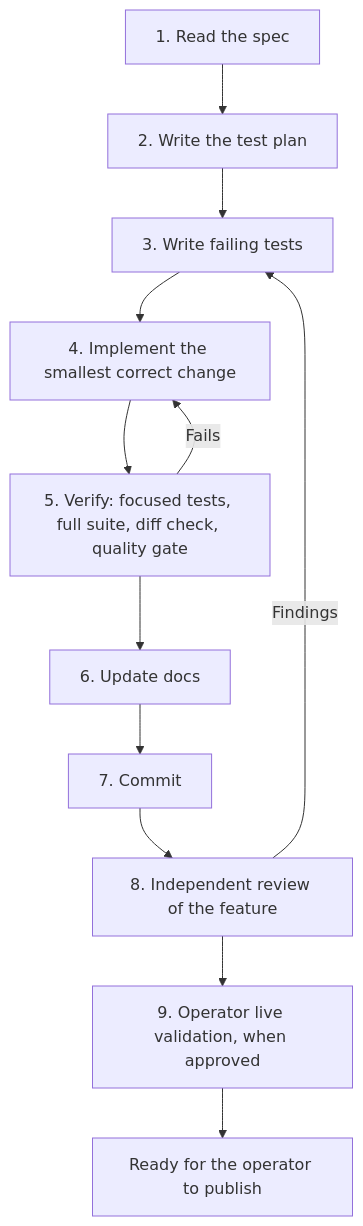
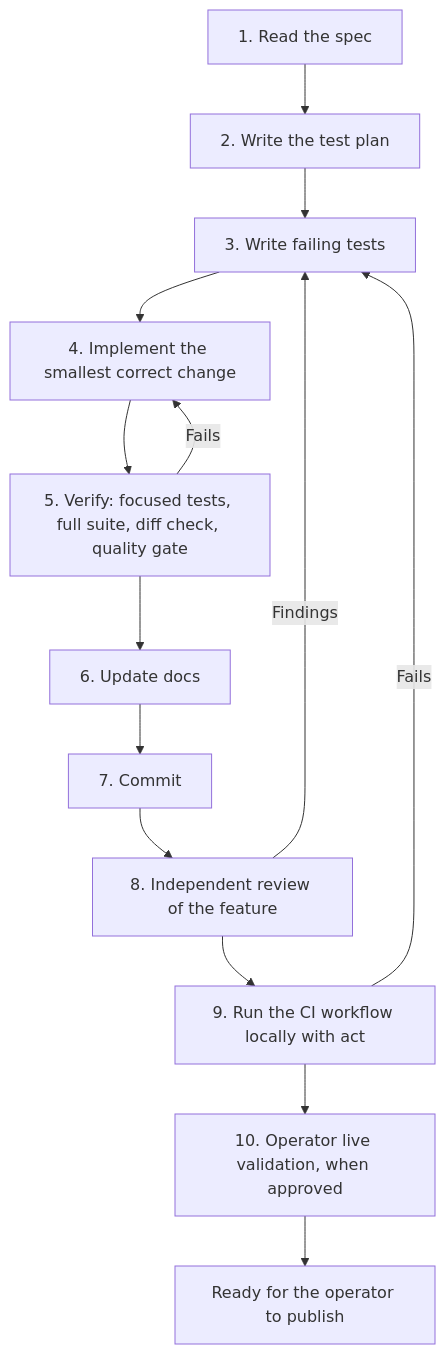
Before and after one commit to redhat-openshift-partner-labs/aura: the diagram in docs/development.md, drawn with Mermaid. The commit also changed other lines of this file and 3 other files, not shown here.

First line of the commit message:
docs(process): run the CI workflow locally with act

````diff
--- a/docs/development.md
+++ b/docs/development.md
@@ -29,14 +29,16 @@
 ```mermaid
 flowchart TD
   S[1. Read the spec] --> T[2. Write the test plan]
   T --> R[3. Write failing tests]
   R --> I[4. Implement the smallest correct change]
   I --> V[5. Verify: focused tests, full suite, diff check, quality gate]
   V -->|Fails| I
   V --> D[6. Update docs]
   D --> C[7. Commit]
   C --> X[8. Independent review of the feature]
   X -->|Findings| R
-  X --> L[9. Operator live validation, when approved]
+  X --> A[9. Run the CI workflow locally with act]
+  A -->|Fails| R
+  A --> L[10. Operator live validation, when approved]
   L --> P[Ready for the operator to publish]
 ```
````
